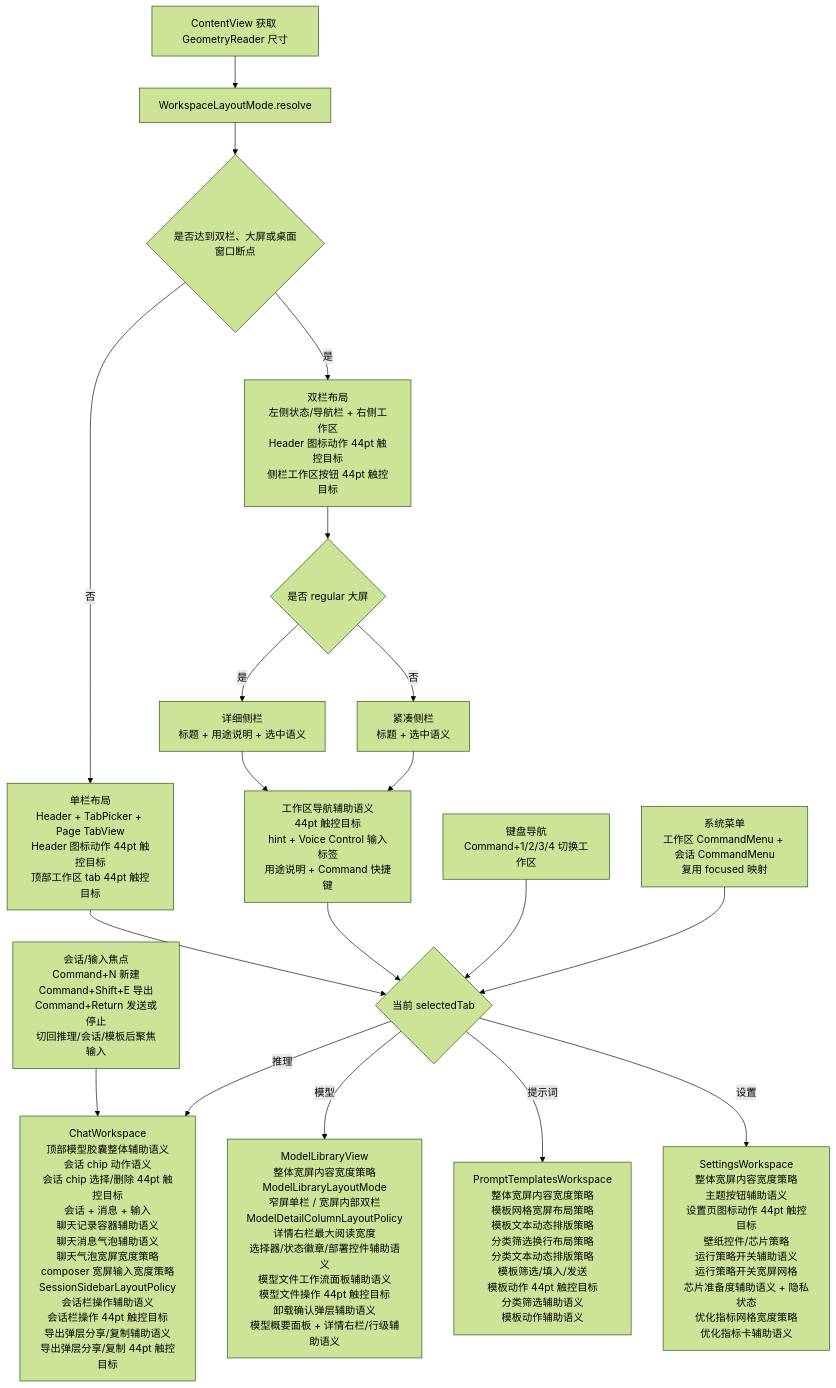
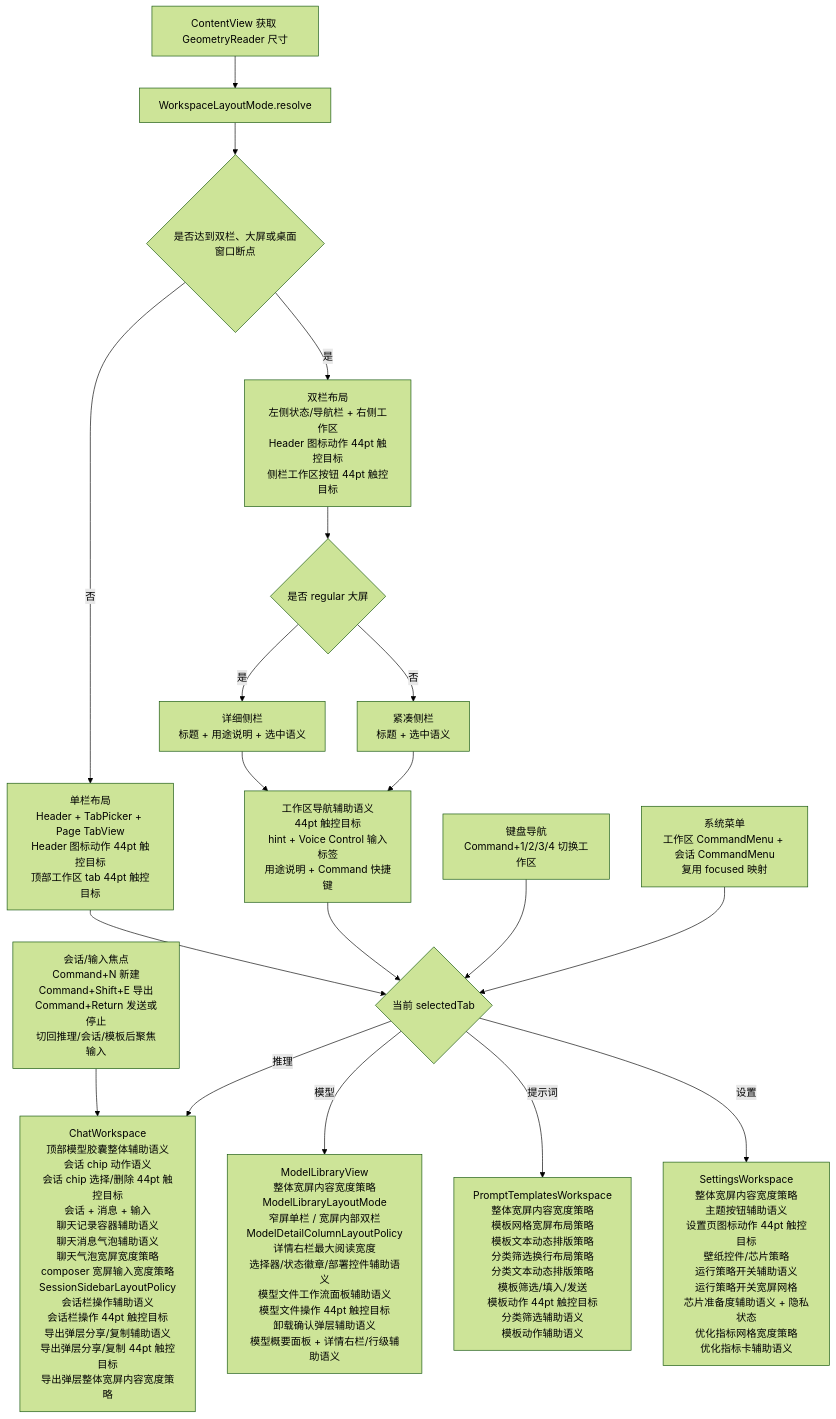
One commit to Altman-sam114/113 changed the fifth of 10 diagrams in md/flow/flowchart.md. Above: the diagram before and after it, drawn with Mermaid (forest theme). The commit also changed other lines of this file and 8 other files, not shown here.

````diff
--- a/md/flow/flowchart.md
+++ b/md/flow/flowchart.md
@@ -84,21 +84,21 @@
 ```mermaid
 flowchart TD
     A[ContentView 获取 GeometryReader 尺寸] --> B[WorkspaceLayoutMode.resolve]
     B --> C{是否达到双栏、大屏或桌面窗口断点}
     C -- 否 --> D[单栏布局<br/>Header + TabPicker + Page TabView<br/>Header 图标动作 44pt 触控目标<br/>顶部工作区 tab 44pt 触控目标]
     C -- 是 --> E[双栏布局<br/>左侧状态/导航栏 + 右侧工作区<br/>Header 图标动作 44pt 触控目标<br/>侧栏工作区按钮 44pt 触控目标]
     E --> N{是否 regular 大屏}
     N -- 是 --> O[详细侧栏<br/>标题 + 用途说明 + 选中语义]
     N -- 否 --> P[紧凑侧栏<br/>标题 + 选中语义]
     D --> F{当前 selectedTab}
     O --> X[工作区导航辅助语义<br/>44pt 触控目标<br/>hint + Voice Control 输入标签<br/>用途说明 + Command 快捷键]
     P --> X
     X --> F
     K[键盘导航<br/>Command+1/2/3/4 切换工作区] --> F
     M[系统菜单<br/>工作区 CommandMenu + 会话 CommandMenu<br/>复用 focused 映射] --> F
     L[会话/输入焦点<br/>Command+N 新建<br/>Command+Shift+E 导出<br/>Command+Return 发送或停止<br/>切回推理/会话/模板后聚焦输入] --> G
-    F -- 推理 --> G[ChatWorkspace<br/>顶部模型胶囊整体辅助语义<br/>会话 chip 动作语义<br/>会话 chip 选择/删除 44pt 触控目标<br/>会话 + 消息 + 输入<br/>聊天记录容器辅助语义<br/>聊天消息气泡辅助语义<br/>聊天气泡宽屏宽度策略<br/>composer 宽屏输入宽度策略<br/>SessionSidebarLayoutPolicy<br/>会话栏操作辅助语义<br/>会话栏操作 44pt 触控目标<br/>导出弹层分享/复制辅助语义<br/>导出弹层分享/复制 44pt 触控目标]
+    F -- 推理 --> G[ChatWorkspace<br/>顶部模型胶囊整体辅助语义<br/>会话 chip 动作语义<br/>会话 chip 选择/删除 44pt 触控目标<br/>会话 + 消息 + 输入<br/>聊天记录容器辅助语义<br/>聊天消息气泡辅助语义<br/>聊天气泡宽屏宽度策略<br/>composer 宽屏输入宽度策略<br/>SessionSidebarLayoutPolicy<br/>会话栏操作辅助语义<br/>会话栏操作 44pt 触控目标<br/>导出弹层分享/复制辅助语义<br/>导出弹层分享/复制 44pt 触控目标<br/>导出弹层整体宽屏内容宽度策略]
     F -- 模型 --> H[ModelLibraryView<br/>整体宽屏内容宽度策略<br/>ModelLibraryLayoutMode<br/>窄屏单栏 / 宽屏内部双栏<br/>ModelDetailColumnLayoutPolicy<br/>详情右栏最大阅读宽度<br/>选择器/状态徽章/部署控件辅助语义<br/>模型文件工作流面板辅助语义<br/>模型文件操作 44pt 触控目标<br/>卸载确认弹层辅助语义<br/>模型概要面板 + 详情右栏/行级辅助语义]
     F -- 提示词 --> I[PromptTemplatesWorkspace<br/>整体宽屏内容宽度策略<br/>模板网格宽屏布局策略<br/>模板文本动态排版策略<br/>分类筛选换行布局策略<br/>分类文本动态排版策略<br/>模板筛选/填入/发送<br/>模板动作 44pt 触控目标<br/>分类筛选辅助语义<br/>模板动作辅助语义]
     F -- 设置 --> J[SettingsWorkspace<br/>整体宽屏内容宽度策略<br/>主题按钮辅助语义<br/>设置页图标动作 44pt 触控目标<br/>壁纸控件/芯片策略<br/>运行策略开关辅助语义<br/>运行策略开关宽屏网格<br/>芯片准备度辅助语义 + 隐私状态<br/>优化指标网格宽度策略<br/>优化指标卡辅助语义]
 ```
````
